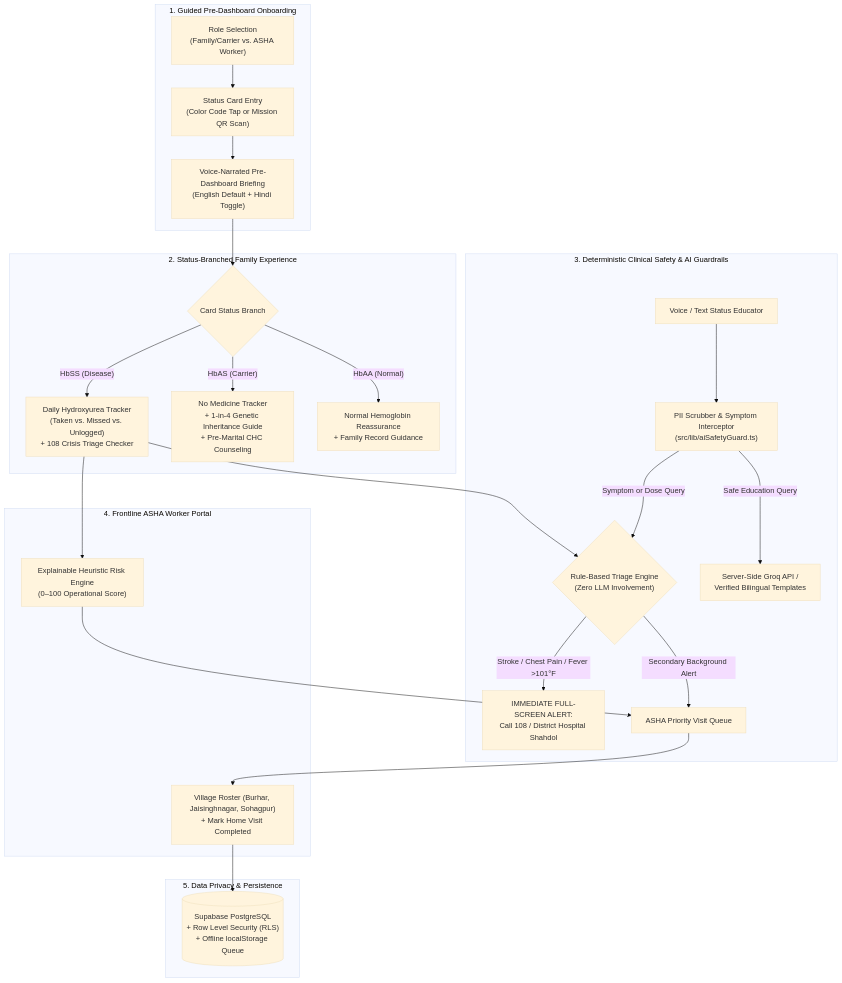
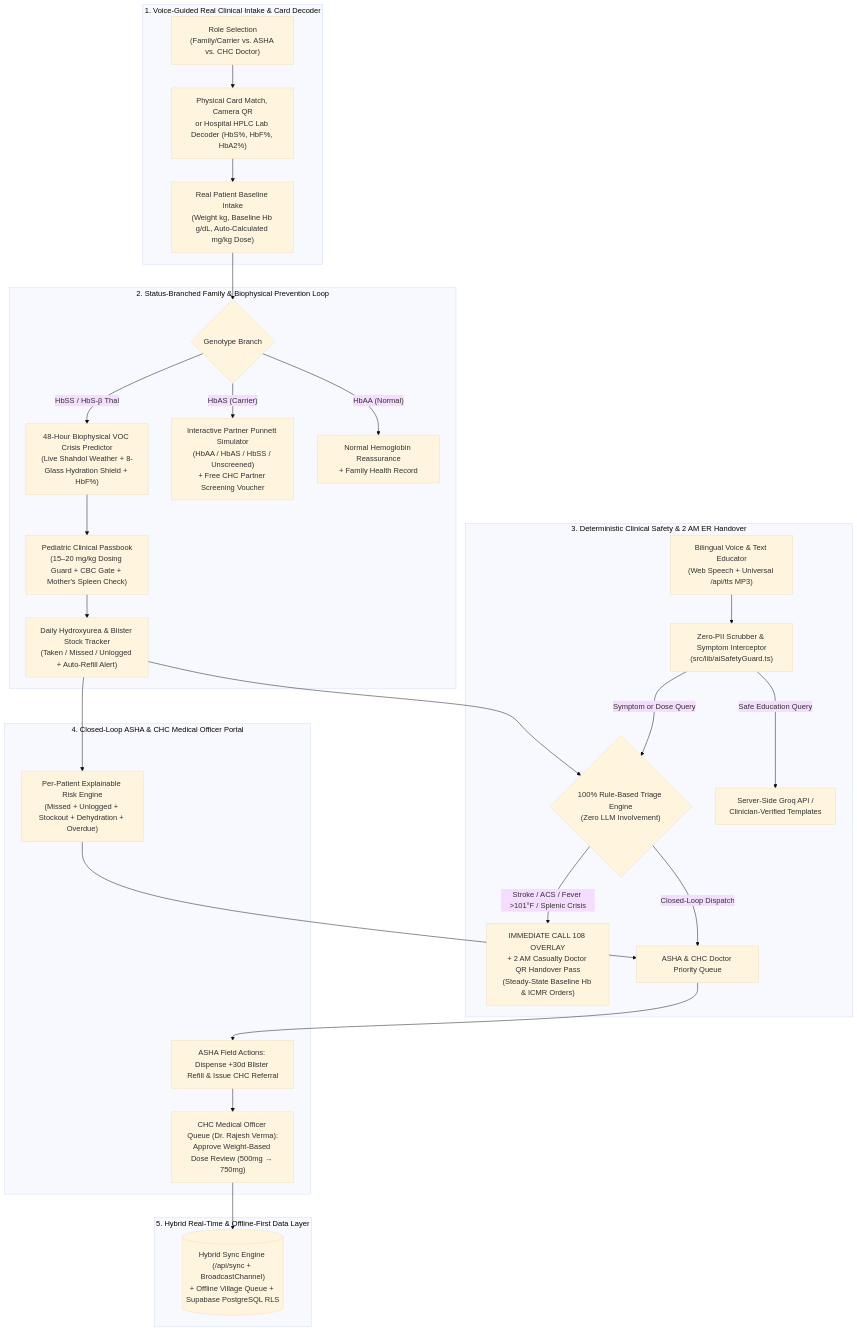
One commit to yaswanthme007/sickle-cell-care-loop changed the first of 2 diagrams in README.md. Above: the diagram before and after it, drawn with Mermaid (base theme). The commit also changed other lines of this file and 2 other files, not shown here.

Commit message:
feat(onboarding): add real clinical intake form, interactive partner Punnett simulator & updated README diagrams

````diff
--- a/README.md
+++ b/README.md
@@ -26,34 +27,37 @@
 ```mermaid
 flowchart TB
-    subgraph Onboarding["1. Guided Pre-Dashboard Onboarding"]
-        O1["Role Selection<br/>(Family/Carrier vs. ASHA Worker)"] --> O2["Status Card Entry<br/>(Color Code Tap or Mission QR Scan)"]
-        O2 --> O3["Voice-Narrated Pre-Dashboard Briefing<br/>(English Default + Hindi Toggle)"]
+    subgraph Onboarding["1. Voice-Guided Real Clinical Intake & Card Decoder"]
+        O1["Role Selection<br/>(Family/Carrier vs. ASHA vs. CHC Doctor)"] --> O2["Physical Card Match, Camera QR<br/>or Hospital HPLC Lab Decoder (HbS%, HbF%, HbA2%)"]
+        O2 --> O3["Real Patient Baseline Intake<br/>(Weight kg, Baseline Hb g/dL, Auto-Calculated mg/kg Dose)"]
     end
 
-    subgraph FamilyApp["2. Status-Branched Family Experience"]
-        O3 --> B{"Card Status Branch"}
-        B -->|"HbSS (Disease)"| S_SS["Daily Hydroxyurea Tracker<br/>(Taken vs. Missed vs. Unlogged)<br/>+ 108 Crisis Triage Checker"]
-        B -->|"HbAS (Carrier)"| S_AS["No Medicine Tracker<br/>+ 1-in-4 Genetic Inheritance Guide<br/>+ Pre-Marital CHC Counseling"]
-        B -->|"HbAA (Normal)"| S_AA["Normal Hemoglobin Reassurance<br/>+ Family Record Guidance"]
+    subgraph FamilyApp["2. Status-Branched Family & Biophysical Prevention Loop"]
+        O3 --> B{"Genotype Branch"}
+        B -->|"HbSS / HbS-β Thal"| VOC["48-Hour Biophysical VOC Crisis Predictor<br/>(Live Shahdol Weather + 8-Glass Hydration Shield + HbF%)"]
+        VOC --> PASS["Pediatric Clinical Passbook<br/>(15–20 mg/kg Dosing Guard + CBC Gate + Mother's Spleen Check)"]
+        PASS --> S_SS["Daily Hydroxyurea & Blister Stock Tracker<br/>(Taken / Missed / Unlogged + Auto-Refill Alert)"]
+        B -->|"HbAS (Carrier)"| S_AS["Interactive Partner Punnett Simulator<br/>(HbAA / HbAS / HbSS / Unscreened)<br/>+ Free CHC Partner Screening Voucher"]
+        B -->|"HbAA (Normal)"| S_AA["Normal Hemoglobin Reassurance<br/>+ Family Health Record"]
     end
 
-    subgraph SafetyEngine["3. Deterministic Clinical Safety & AI Guardrails"]
-        S_SS --> T{"Rule-Based Triage Engine<br/>(Zero LLM Involvement)"}
-        T -->|"Stroke / Chest Pain / Fever >101°F"| E108["IMMEDIATE FULL-SCREEN ALERT:<br/>Call 108 / District Hospital Shahdol"]
-        T -->|"Secondary Background Alert"| Q["ASHA Priority Visit Queue"]
+    subgraph SafetyEngine["3. Deterministic Clinical Safety & 2 AM ER Handover"]
+        S_SS --> T{"100% Rule-Based Triage Engine<br/>(Zero LLM Involvement)"}
+        T -->|"Stroke / ACS / Fever >101°F / Splenic Crisis"| E108["IMMEDIATE CALL 108 OVERLAY<br/>+ 2 AM Casualty Doctor QR Handover Pass<br/>(Steady-State Baseline Hb & ICMR Orders)"]
+        T -->|"Closed-Loop Dispatch"| Q["ASHA & CHC Doctor Priority Queue"]
         
-        QA["Voice / Text Status Educator"] --> G["PII Scrubber & Symptom Interceptor<br/>(src/lib/aiSafetyGuard.ts)"]
+        QA["Bilingual Voice & Text Educator<br/>(Web Speech + Universal /api/tts MP3)"] --> G["Zero-PII Scrubber & Symptom Interceptor<br/>(src/lib/aiSafetyGuard.ts)"]
         G -->|"Symptom or Dose Query"| T
-        G -->|"Safe Education Query"| LLM["Server-Side Groq API /<br/>Verified Bilingual Templates"]
+        G -->|"Safe Education Query"| LLM["Server-Side Groq API /<br/>Clinician-Verified Templates"]
     end
 
-    subgraph AshaPortal["4. Frontline ASHA Worker Portal"]
-        S_SS --> R["Explainable Heuristic Risk Engine<br/>(0–100 Operational Score)"]
+    subgraph AshaPortal["4. Closed-Loop ASHA & CHC Medical Officer Portal"]
+        S_SS --> R["Per-Patient Explainable Risk Engine<br/>(Missed + Unlogged + Stockout + Dehydration + Overdue)"]
         R --> Q
-        Q --> V["Village Roster (Burhar, Jaisinghnagar, Sohagpur)<br/>+ Mark Home Visit Completed"]
+        Q --> V["ASHA Field Actions: Dispense +30d Blister Refill & Issue CHC Referral"]
+        V --> DOC["CHC Medical Officer Queue (Dr. Rajesh Verma):<br/>Approve Weight-Based Dose Review (500mg → 750mg)"]
     end
 
-    subgraph DataLayer["5. Data Privacy & Persistence"]
-        V --> DB[("Supabase PostgreSQL<br/>+ Row Level Security (RLS)<br/>+ Offline localStorage Queue")]
+    subgraph DataLayer["5. Hybrid Real-Time & Offline-First Data Layer"]
+        DOC --> DB[("Hybrid Sync Engine (/api/sync + BroadcastChannel)<br/>+ Offline Village Queue + Supabase PostgreSQL RLS")]
     end
 ```
````
